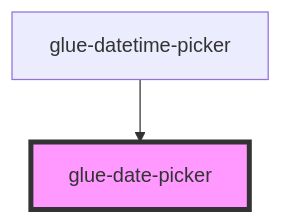
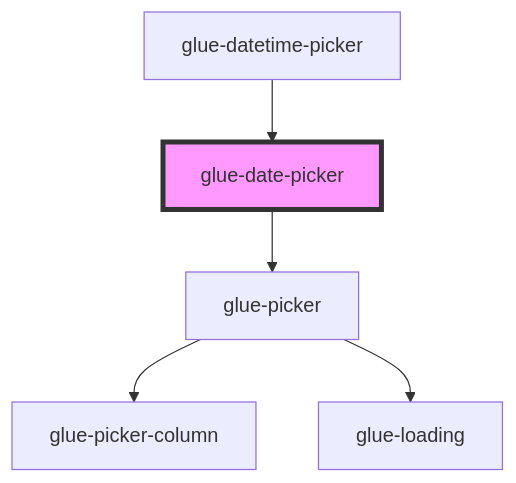
The diagram in packages/glue-components/src/components/glue-date-picker/readme.md (grasilife/glue), drawn with Mermaid before and after one commit. The commit also changed other lines of this file and 7 other files, not shown here.

````diff
--- a/packages/glue-components/src/components/glue-date-picker/readme.md
+++ b/packages/glue-components/src/components/glue-date-picker/readme.md
@@ -22,5 +42,8 @@
 ```mermaid
 graph TD;
+  glue-date-picker --> glue-picker
+  glue-picker --> glue-picker-column
+  glue-picker --> glue-loading
   glue-datetime-picker --> glue-date-picker
   style glue-date-picker fill:#f9f,stroke:#333,stroke-width:4px
 ```
````
